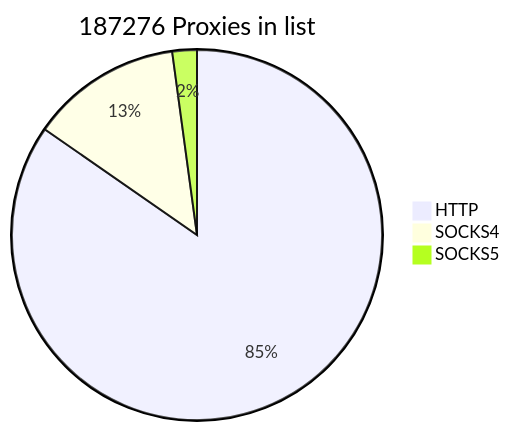
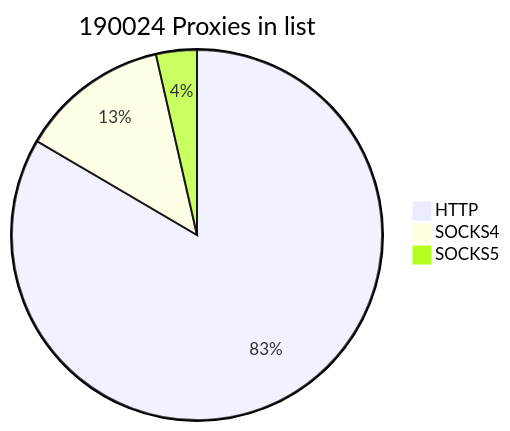
Before and after one commit to cutipu/proxylist: the first of 2 diagrams in README.md, drawn with Mermaid. The commit also changed other lines of this file, not shown here.

````diff
--- a/README.md
+++ b/README.md
@@ -2,7 +2,7 @@
 ```mermaid
-pie title 187276 Proxies in list
+pie title 190024 Proxies in list
     "HTTP" : 158546
     "SOCKS4" : 24711
-    "SOCKS5" : 4019
+    "SOCKS5" : 6767
             
 ```
````
